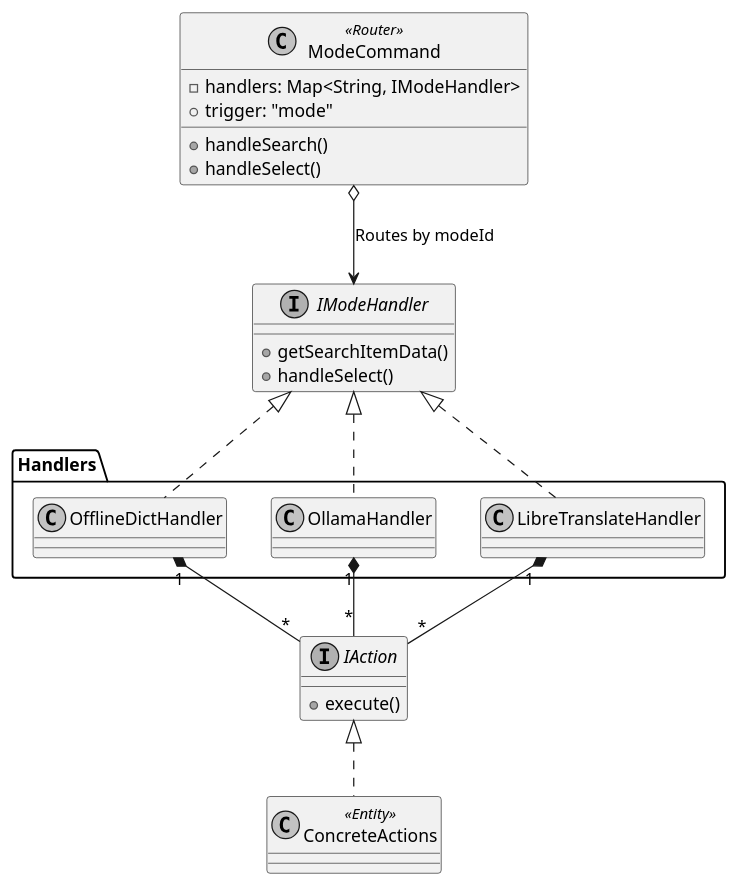
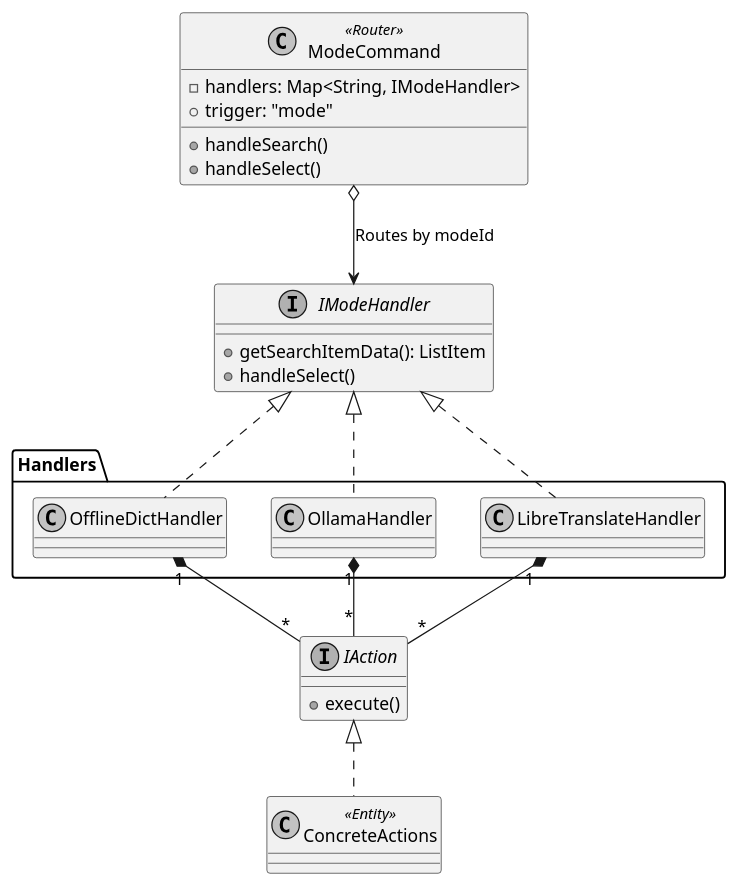
One commit to zhougy0717/utools_local_translate changed the first of 2 diagrams in doc/spec/spec-00044-mode-command-refactoring.md. Above: the diagram before and after it, drawn with PlantUML. The commit also changed other lines of this file and 5 other files, not shown here.

First line of the commit message:
refactor(mode): standardize getSearchItemData interface and remove redundant fields

````diff
--- a/doc/spec/spec-00044-mode-command-refactoring.md
+++ b/doc/spec/spec-00044-mode-command-refactoring.md
@@ -26,42 +26,42 @@
 ```plantuml
 @startuml
 skinparam handwritten false
 skinparam monochrome true
 skinparam DefaultFontName sans-serif
 
 class ModeCommand <<Router>> {
   - handlers: Map<String, IModeHandler>
   + trigger: "mode"
   + handleSearch()
   + handleSelect()
 }
 
 interface IModeHandler {
-  + getSearchItemData()
+  + getSearchItemData(): ListItem
   + handleSelect()
 }
 
 interface IAction {
   + execute()
 }
 
 package "Handlers" {
   class OfflineDictHandler
   class OllamaHandler
   class LibreTranslateHandler
 }
 
 class ConcreteActions <<Entity>>
 
 IModeHandler <|.. OfflineDictHandler
 IModeHandler <|.. OllamaHandler
 IModeHandler <|.. LibreTranslateHandler
 
 IAction <|.. ConcreteActions
 OfflineDictHandler "1" *-- "*" IAction
 OllamaHandler "1" *-- "*" IAction
 LibreTranslateHandler "1" *-- "*" IAction
 
 ModeCommand o--> IModeHandler : "Routes by modeId"
 @enduml
 ```
````
